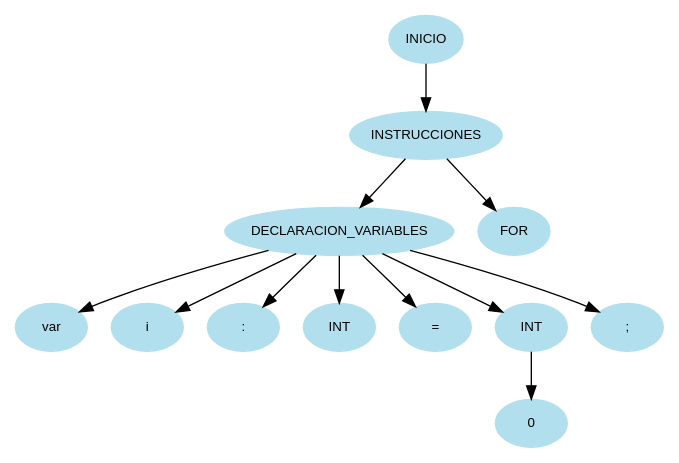
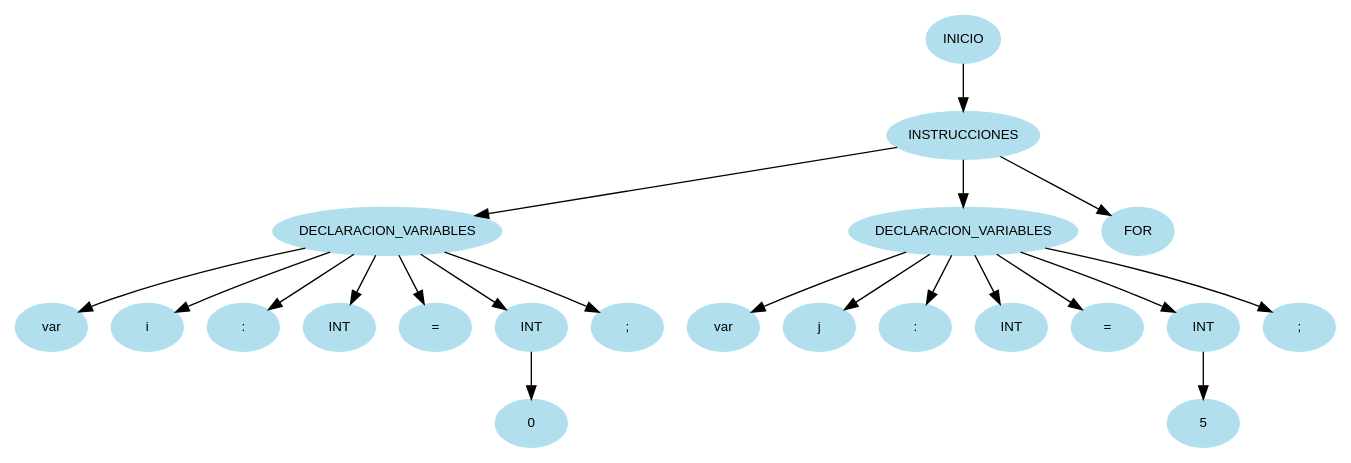
One commit to MMP119/OLC1_JavaCraft changed the diagram in Fase_1/Reports/arbolAST.dot. Above: the diagram before and after it, drawn with Graphviz. The commit also changed 5 other files, not shown here.

```diff
--- a/Fase_1/Reports/arbolAST.dot
+++ b/Fase_1/Reports/arbolAST.dot
@@ -1,27 +1,45 @@
 digraph arbolAST{
 node [shape=oval, style=filled, color=lightblue2, fontname=Helvetica, fontsize=10];
 edge [fontname=Helvetica, fontsize=10];
 n0[label="INICIO"];
 n1[label="INSTRUCCIONES"];
 n0 -> n1;
 n2[label="DECLARACION_VARIABLES"];
 n1 -> n2;
 n3[label="var"];
 n2 -> n3;
 n4[label="i"];
 n2 -> n4;
 n5[label=":"];
 n2 -> n5;
 n6[label="INT"];
 n2 -> n6;
 n7[label="="];
 n2 -> n7;
 n8[label="INT"];
 n2 -> n8;
 n9[label="0"];
 n8 -> n9;
 n10[label=";"];
 n2 -> n10;
-n11[label="FOR"];
+n11[label="DECLARACION_VARIABLES"];
 n1 -> n11;
+n12[label="var"];
+n11 -> n12;
+n13[label="j"];
+n11 -> n13;
+n14[label=":"];
+n11 -> n14;
+n15[label="INT"];
+n11 -> n15;
+n16[label="="];
+n11 -> n16;
+n17[label="INT"];
+n11 -> n17;
+n18[label="5"];
+n17 -> n18;
+n19[label=";"];
+n11 -> n19;
+n20[label="FOR"];
+n1 -> n20;
 }
```
